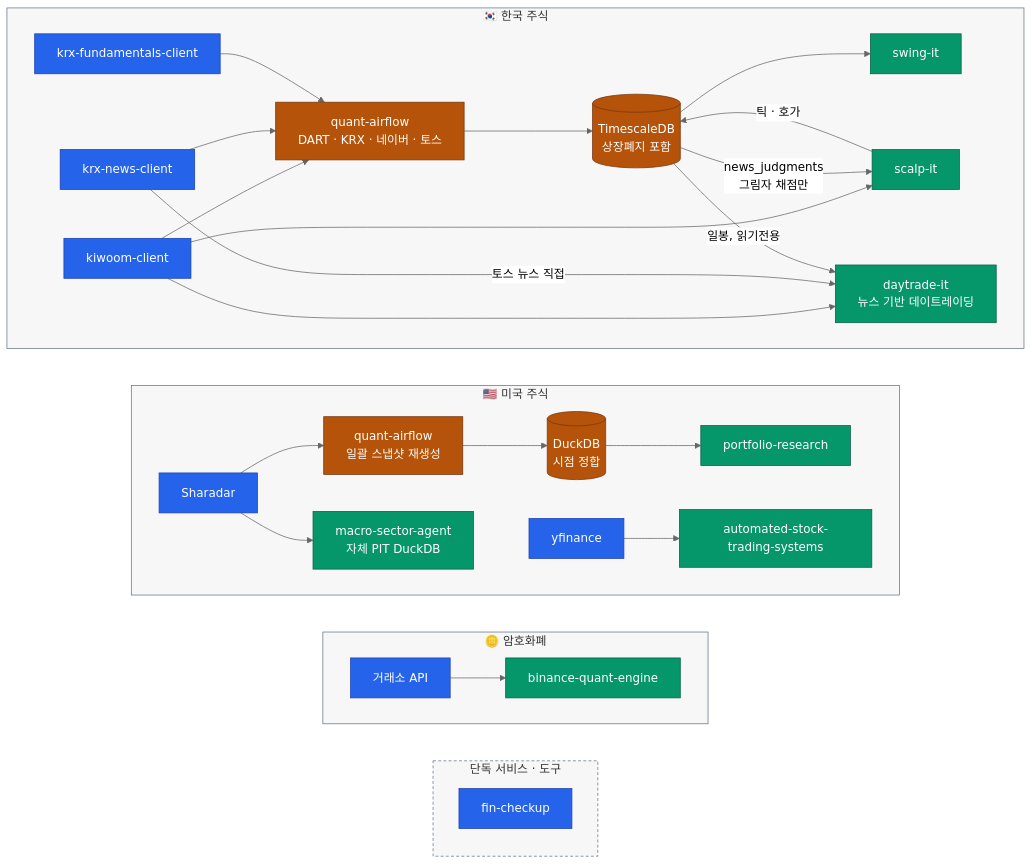
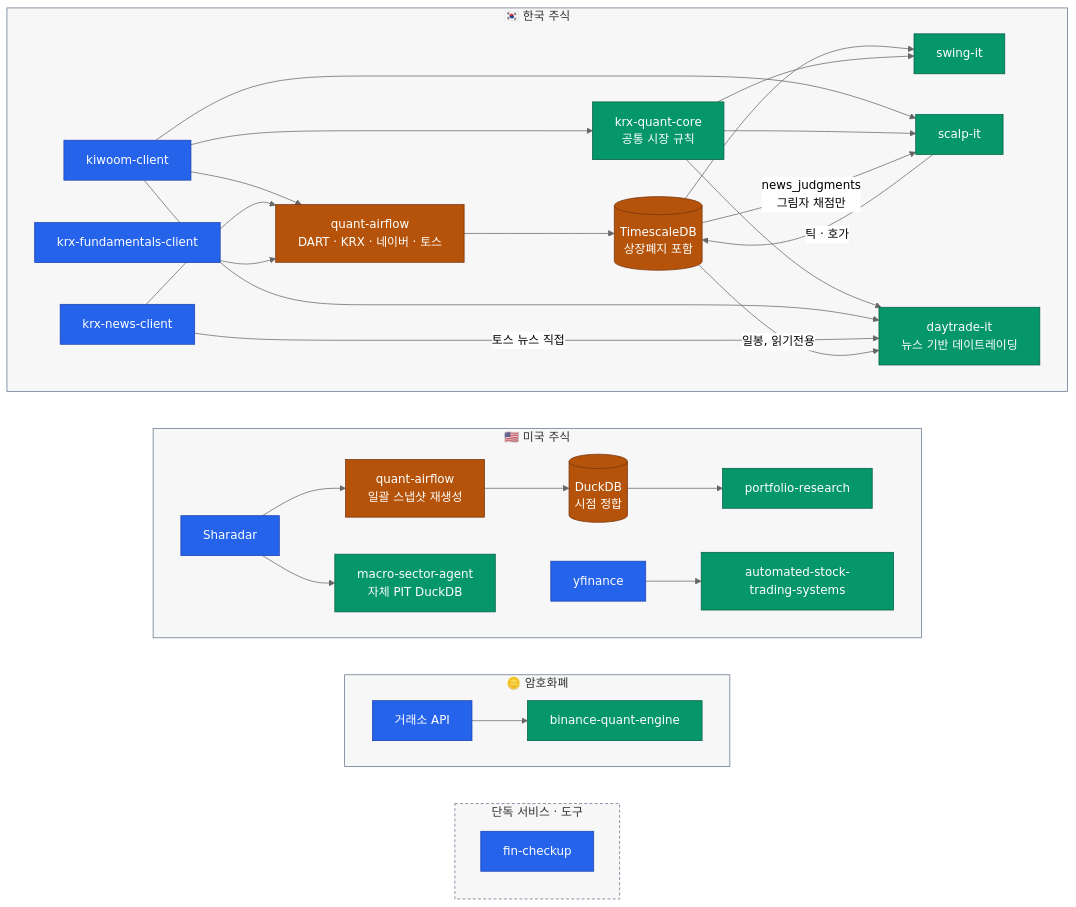
One commit to younghwan91/younghwan91 changed the first of 3 diagrams in README.ko.md. Above: the diagram before and after it, drawn with Mermaid (neutral theme). The commit also changed other lines of this file and 1 other file, not shown here.

Commit message:
docs(readme): krx-quant-core 공통 코어 반영 — 스택 다이어그램·프로젝트 표·운영 원칙
Claude-Session: https://claude.ai/code/session_01JiTLBxiRCvwjSpTYXeMoje

````diff
--- a/README.ko.md
+++ b/README.ko.md
@@ -22,48 +22,52 @@
 ```mermaid
 flowchart TB
     subgraph KR ["🇰🇷 한국 주식"]
         direction LR
         K["kiwoom-client"] --> AF["quant-airflow<br/>DART · KRX · 네이버 · 토스"] --> DB[("TimescaleDB<br/>상장폐지 포함")] --> Q["swing-it"]
         NW["krx-news-client"] --> AF
         F["krx-fundamentals-client"] --> AF
         K --> SC["scalp-it"]
+        KC["krx-quant-core<br/>공통 시장 규칙"] --> SC
+        KC --> KSIG
+        KC --> Q
+        K --> KC
         SC -- "틱 · 호가" --> DB
         DB -- "news_judgments<br/>그림자 채점만" --> SC
         K --> KSIG["daytrade-it<br/>뉴스 기반 데이트레이딩"]
         NW -- "토스 뉴스 직접" --> KSIG
         DB -- "일봉, 읽기전용" --> KSIG
     end
 
     subgraph US ["🇺🇸 미국 주식"]
         direction LR
         SH["Sharadar"] --> AFU["quant-airflow<br/>일괄 스냅샷 재생성"] --> DD[("DuckDB<br/>시점 정합")] --> O["portfolio-research"]
         SH --> MS["macro-sector-agent<br/>자체 PIT DuckDB"]
         YF["yfinance"] --> AT["automated-stock-trading-systems"]
     end
 
     subgraph CX ["🪙 암호화폐"]
         direction LR
         EX["거래소 API"] --> CR["binance-quant-engine"]
     end
 
     subgraph SVC ["단독 서비스 · 도구"]
         direction TB
         FC["fin-checkup"]
     end
 
     %% 세로 정렬용 — `~~~` 는 그 자체로 보이지 않는 링크다(linkStyle 불필요).
     KR ~~~ US ~~~ CX ~~~ SVC
 
     classDef source fill:#2563EB,stroke:#1E40AF,color:#FFFFFF
     classDef move   fill:#B45309,stroke:#78350F,color:#FFFFFF
     classDef out    fill:#059669,stroke:#065F46,color:#FFFFFF
 
     class K,SH,YF,EX,F,NW,FC source
     class AF,AFU,DB,DD move
-    class Q,O,AT,CR,SC,MS,KSIG out
+    class Q,O,AT,CR,SC,MS,KSIG,KC out
 
     style KR  fill:#0F172A08,stroke:#64748B
     style US  fill:#0F172A08,stroke:#64748B
     style CX  fill:#0F172A08,stroke:#64748B
     style SVC fill:#0F172A08,stroke:#64748B,stroke-dasharray:4 3
 ```
````
